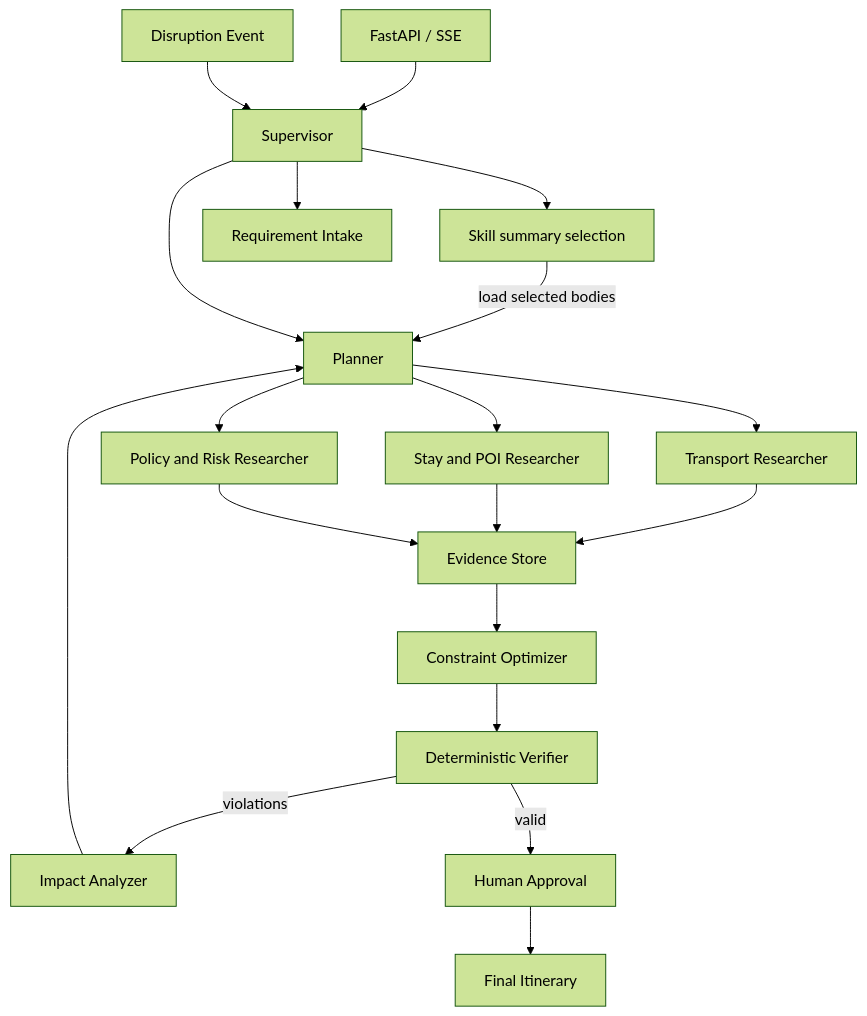
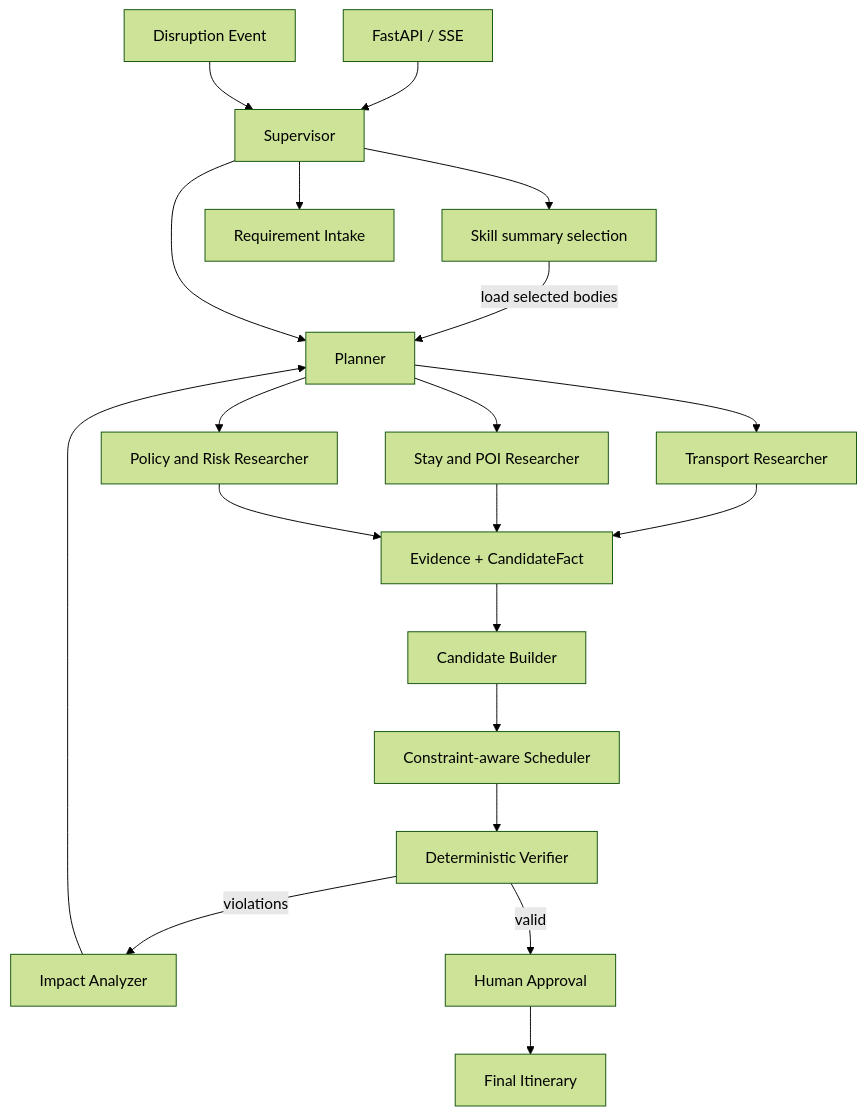
Before and after one commit to liuw55804-sys/tripops-agent: the diagram in docs/architecture.md, drawn with Mermaid (forest theme). The commit also changed other lines of this file and 36 other files, not shown here.

Commit message:
feat: add live research candidate pipeline

````diff
--- a/docs/architecture.md
+++ b/docs/architecture.md
@@ -5,21 +5,22 @@
 ```mermaid
 flowchart TD
     API[FastAPI / SSE] --> SUP[Supervisor]
     SUP --> SKILL[Skill summary selection]
     SKILL -->|load selected bodies| PLAN
     SUP --> INTAKE[Requirement Intake]
     SUP --> PLAN[Planner]
     PLAN --> R1[Transport Researcher]
     PLAN --> R2[Stay and POI Researcher]
     PLAN --> R3[Policy and Risk Researcher]
-    R1 --> EVIDENCE[Evidence Store]
-    R2 --> EVIDENCE
-    R3 --> EVIDENCE
-    EVIDENCE --> SOLVER[Constraint Optimizer]
+    R1 --> RESEARCH[Evidence + CandidateFact]
+    R2 --> RESEARCH
+    R3 --> RESEARCH
+    RESEARCH --> BUILD[Candidate Builder]
+    BUILD --> SOLVER[Constraint-aware Scheduler]
     SOLVER --> VERIFY[Deterministic Verifier]
     VERIFY -->|violations| IMPACT[Impact Analyzer]
     IMPACT --> PLAN
     VERIFY -->|valid| APPROVAL[Human Approval]
     APPROVAL --> FINAL[Final Itinerary]
     EVENT[Disruption Event] --> SUP
 ```
````
